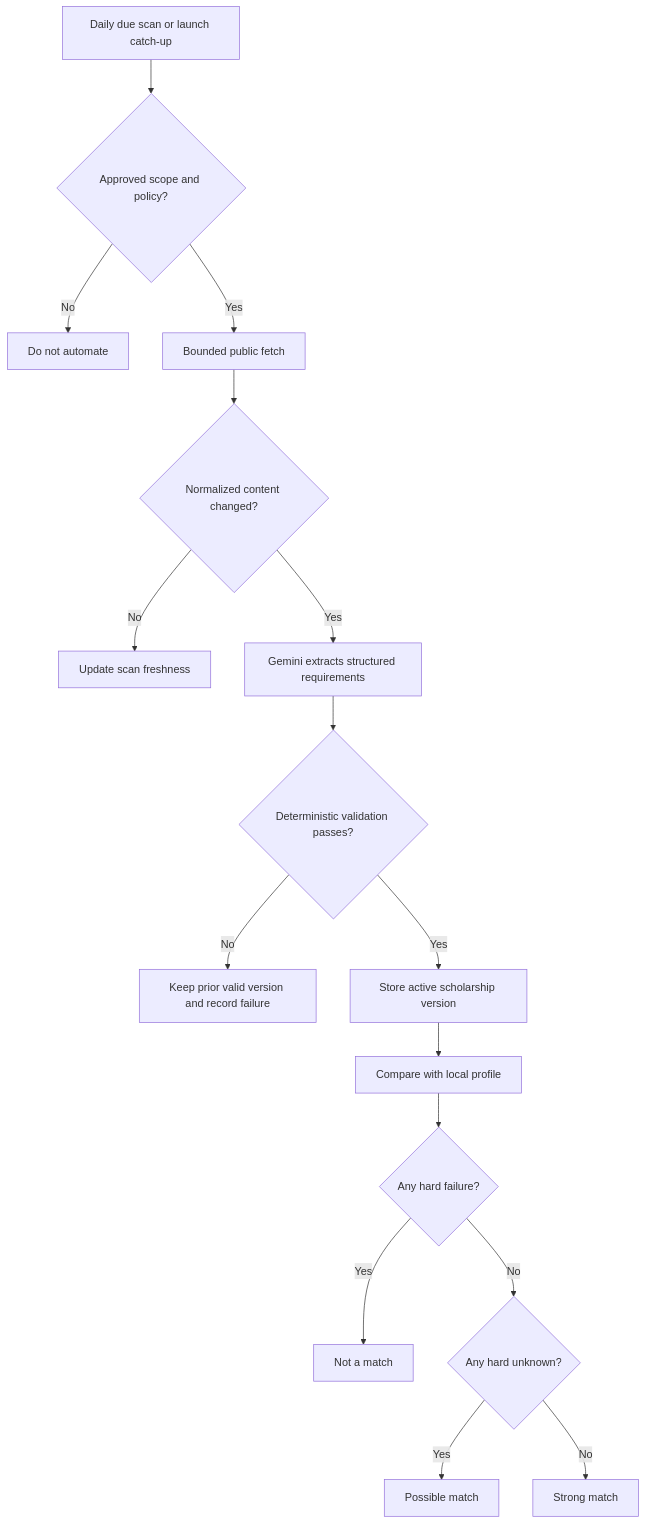
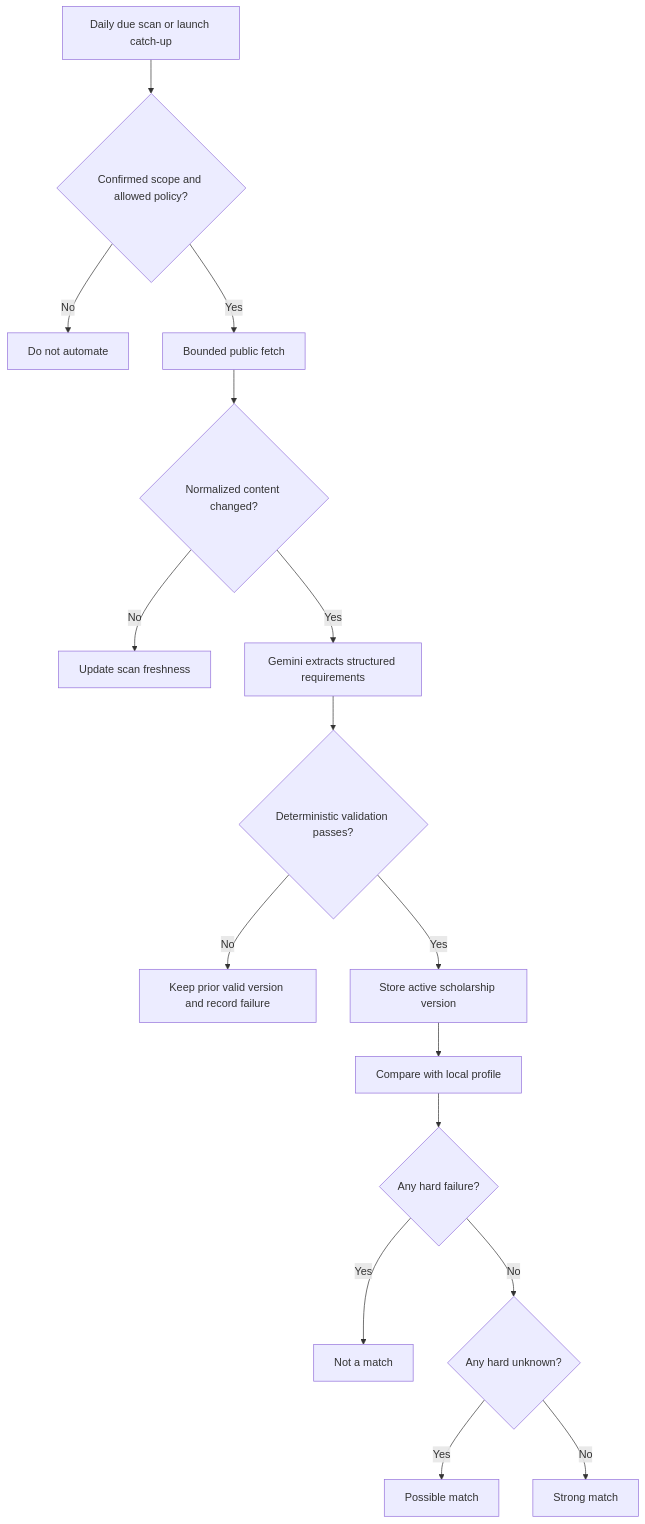
The second of 5 diagrams in docs/ARCHITECTURE_DIAGRAM.md (ajiang05/Pathaid), drawn with Mermaid before and after one commit. The commit also changed 18 other files, not shown here.

````diff
--- a/docs/ARCHITECTURE_DIAGRAM.md
+++ b/docs/ARCHITECTURE_DIAGRAM.md
@@ -37,18 +37,18 @@
 ```mermaid
 flowchart TD
-    Due[Daily due scan or launch catch-up] --> Scope{Approved scope and policy?}
+    Due[Daily due scan or launch catch-up] --> Scope{Confirmed scope and allowed policy?}
     Scope -- No --> Stop[Do not automate]
     Scope -- Yes --> Fetch[Bounded public fetch]
     Fetch --> Changed{Normalized content changed?}
     Changed -- No --> Fresh[Update scan freshness]
     Changed -- Yes --> Extract[Gemini extracts structured requirements]
     Extract --> Validate{Deterministic validation passes?}
     Validate -- No --> Invalid[Keep prior valid version and record failure]
     Validate -- Yes --> Version[Store active scholarship version]
     Version --> Match[Compare with local profile]
     Match --> Fail{Any hard failure?}
     Fail -- Yes --> NotMatch[Not a match]
     Fail -- No --> Unknown{Any hard unknown?}
     Unknown -- Yes --> Possible[Possible match]
     Unknown -- No --> Strong[Strong match]
 ```
````
